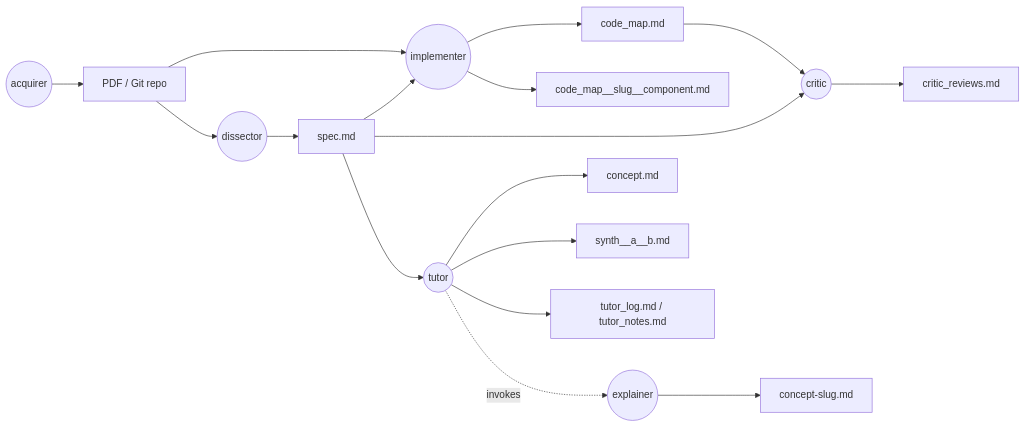
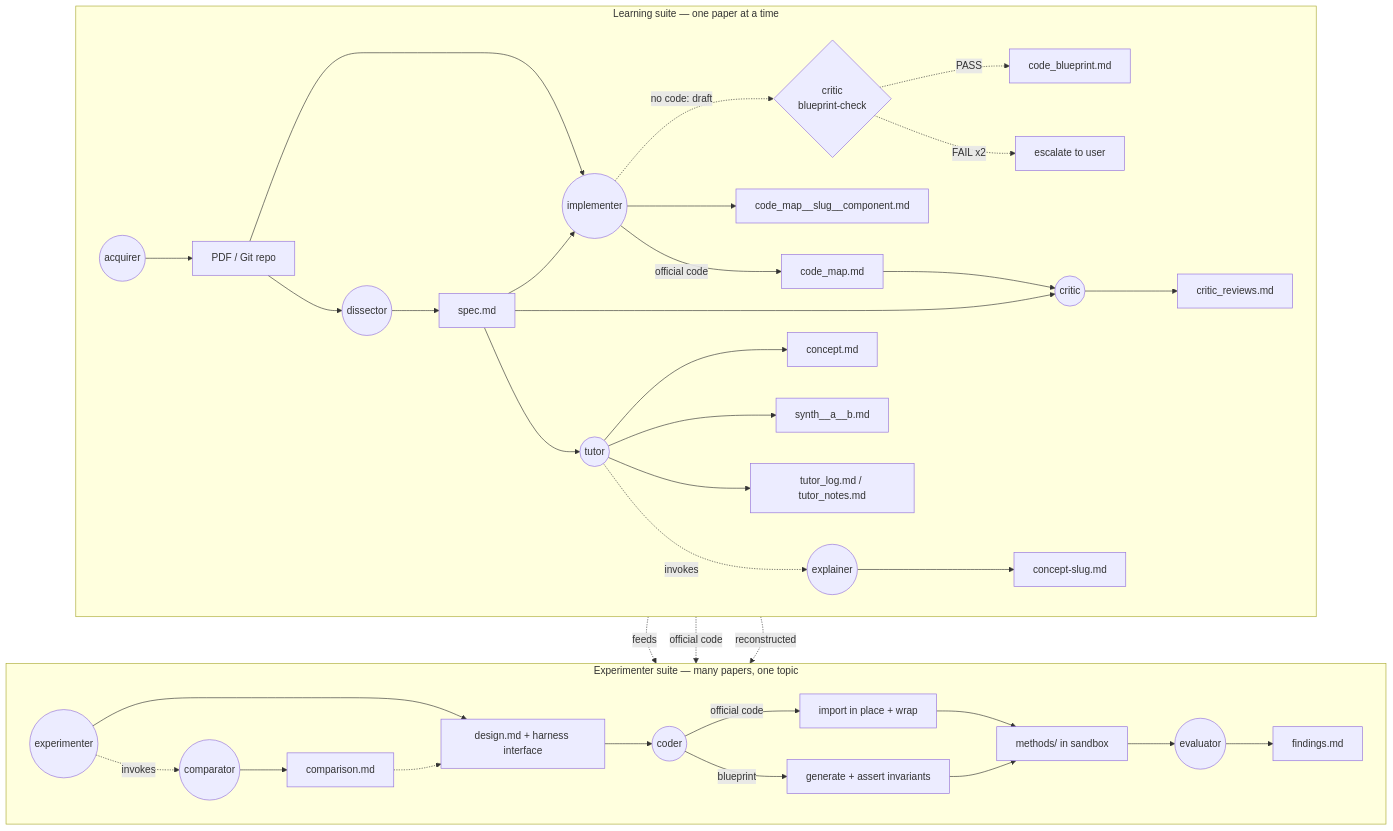
The diagram in README.md (outboundbird/paperlab-cursor), drawn with Mermaid before and after one commit. The commit also changed other lines of this file, not shown here.

Commit message:
restructure README chart into learning and experiment suites

````diff
--- a/README.md
+++ b/README.md
@@ -8,22 +8,47 @@
 ```mermaid
-flowchart LR
-    Acquirer((acquirer)) --> Sources[PDF / Git repo]
-    Sources --> Dissector((dissector))
-    Dissector --> Spec[spec.md]
+flowchart TB
+    subgraph Learning["Learning suite — one paper at a time"]
+        direction LR
+        Acquirer((acquirer)) --> Sources[PDF / Git repo]
+        Sources --> Dissector((dissector))
+        Dissector --> Spec[spec.md]
 
-    Spec --> Implementer((implementer))
-    Sources --> Implementer
-    Implementer --> CodeMap[code_map.md]
-    Implementer --> DeepDive[code_map__slug__component.md]
+        Spec --> Implementer((implementer))
+        Sources --> Implementer
+        Implementer -->|official code| CodeMap[code_map.md]
+        Implementer --> DeepDive[code_map__slug__component.md]
+        Implementer -.->|no code: draft| BPgate{critic<br/>blueprint-check}
+        BPgate -.->|PASS| Blueprint[code_blueprint.md]
+        BPgate -.->|FAIL x2| Escalate[escalate to user]
 
-    Spec --> Critic((critic))
-    CodeMap --> Critic
-    Critic --> Review[critic_reviews.md]
+        Spec --> Critic((critic))
+        CodeMap --> Critic
+        Critic --> Review[critic_reviews.md]
 
-    Spec --> Tutor((tutor))
-    Tutor -. invokes .-> Explainer((explainer))
-    Explainer --> ConceptBound[concept-slug.md]
-    Tutor --> Concept[concept.md]
-    Tutor --> Synth[synth__a__b.md]
-    Tutor --> TutorLog[tutor_log.md / tutor_notes.md]
+        Spec --> Tutor((tutor))
+        Tutor -. invokes .-> Explainer((explainer))
+        Explainer --> ConceptBound[concept-slug.md]
+        Tutor --> Concept[concept.md]
+        Tutor --> Synth[synth__a__b.md]
+        Tutor --> TutorLog[tutor_log.md / tutor_notes.md]
+    end
+
+    subgraph Experiment["Experimenter suite — many papers, one topic"]
+        direction LR
+        Experimenter((experimenter)) -. invokes .-> Comparator((comparator))
+        Comparator --> Comparison[comparison.md]
+        Experimenter --> Design[design.md + harness interface]
+        Design --> Coder((coder))
+        Comparison -.-> Design
+        Coder -->|official code| ImportWrap[import in place + wrap]
+        Coder -->|blueprint| GenAssert[generate + assert invariants]
+        ImportWrap --> Methods[methods/ in sandbox]
+        GenAssert --> Methods
+        Methods --> Evaluator((evaluator))
+        Evaluator --> Findings[findings.md]
+    end
+
+    Spec -. feeds .-> Experimenter
+    CodeMap -. official code .-> Coder
+    Blueprint -. reconstructed .-> Coder
 ```
````
